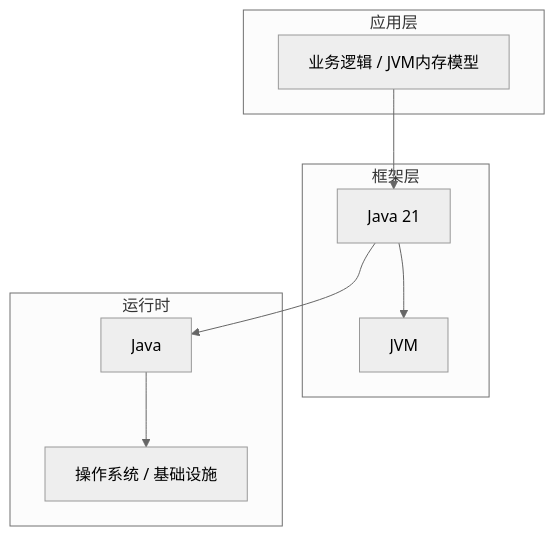
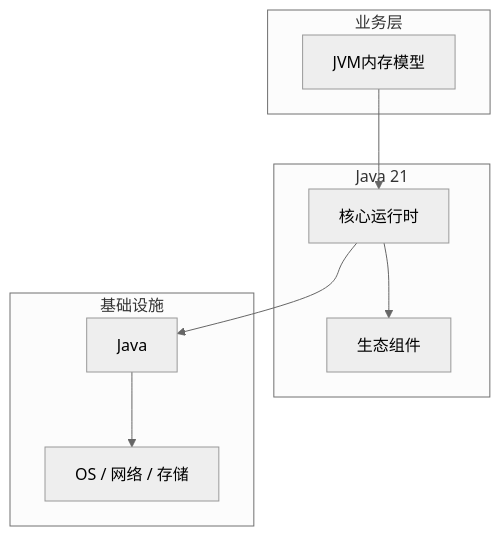
One commit to yanggan2015/knowledge-json-v2 changed the diagram in articles/Java核心/chapters/091-JVM内存模型核心概念与原理.md. Above: the diagram before and after it, drawn with Mermaid (neutral theme). The commit also changed other lines of this file and 10127 other files, not shown here.

````diff
--- a/articles/Java核心/chapters/091-JVM内存模型核心概念与原理.md
+++ b/articles/Java核心/chapters/091-JVM内存模型核心概念与原理.md
@@ -45,18 +34,18 @@
 ```mermaid
 graph TB
-    subgraph 应用层
-        A[业务逻辑 / JVM内存模型]
+    subgraph 业务层
+        A[JVM内存模型]
     end
-    subgraph 框架层
-        B[Java 21]
-        C[JVM]
+    subgraph Java 21
+        B[核心运行时]
+        C[生态组件]
     end
-    subgraph 运行时
+    subgraph 基础设施
         D[Java]
-        E[操作系统 / 基础设施]
+        E[OS / 网络 / 存储]
     end
     A --> B
     B --> C
     B --> D
     D --> E
 ```
````
